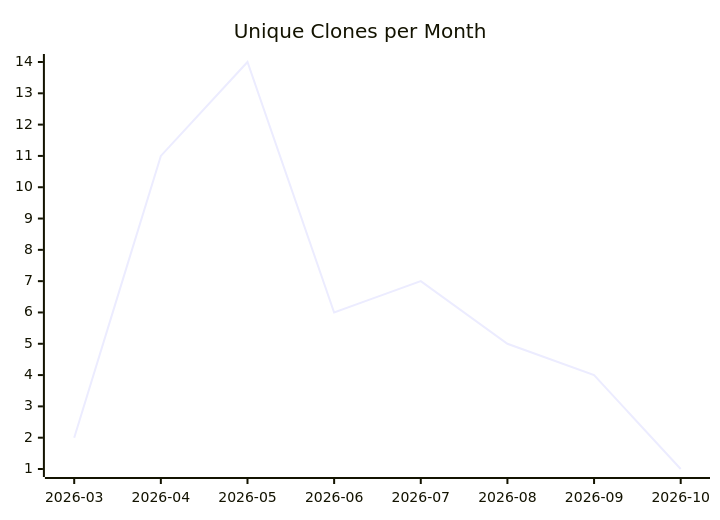
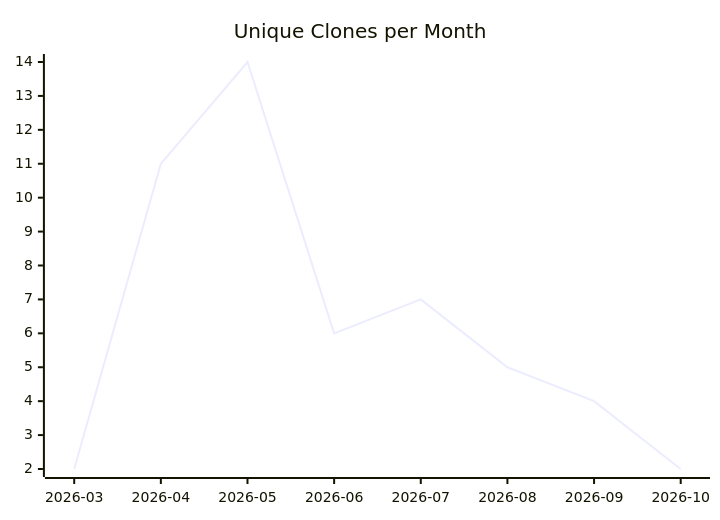
The third of 3 diagrams in karlmdavis/m2e-core/README.md (justdavis-family/github-analytics-data), drawn with Mermaid before and after one commit. The commit also changed other lines of this file and 203 other files, not shown here.

````diff
--- a/karlmdavis/m2e-core/README.md
+++ b/karlmdavis/m2e-core/README.md
@@ -19,6 +19,6 @@
 ```mermaid
 xychart-beta
   title "Unique Clones per Month"
   x-axis ["2026-03", "2026-04", "2026-05", "2026-06", "2026-07", "2026-08", "2026-09", "2026-10"]
-  line [2, 11, 14, 6, 7, 5, 4, 1]
+  line [2, 11, 14, 6, 7, 5, 4, 2]
 ```
````
